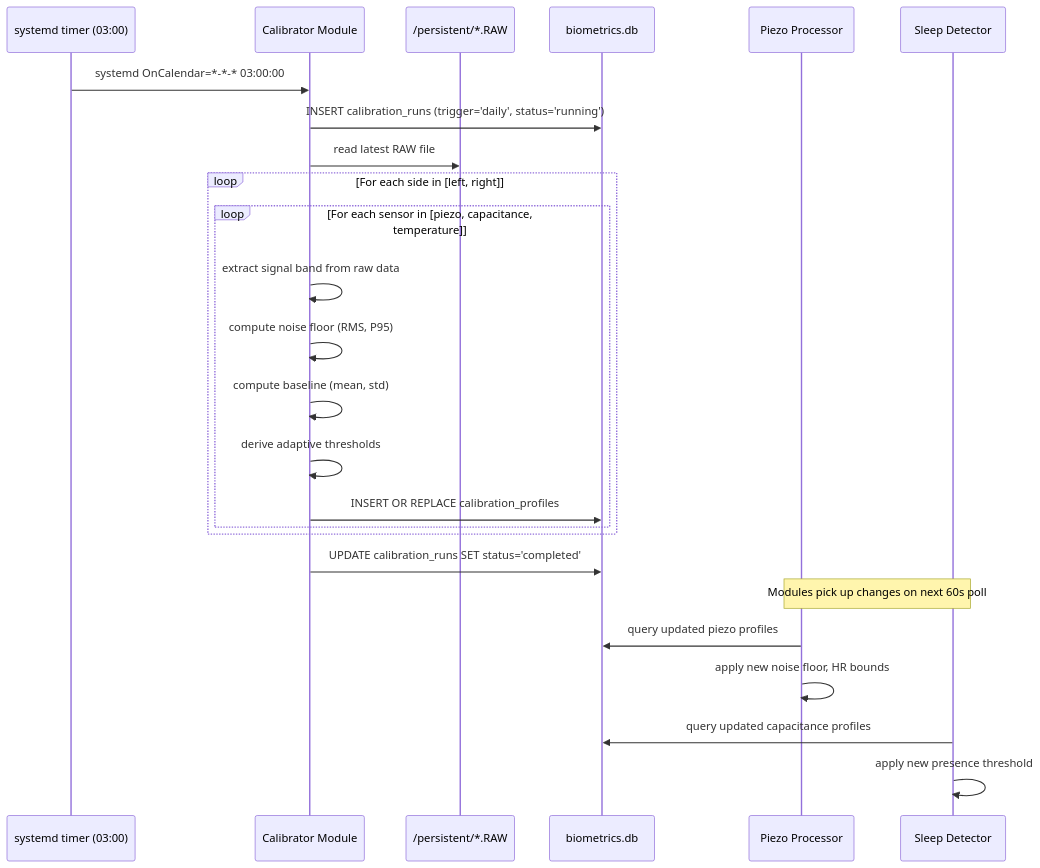
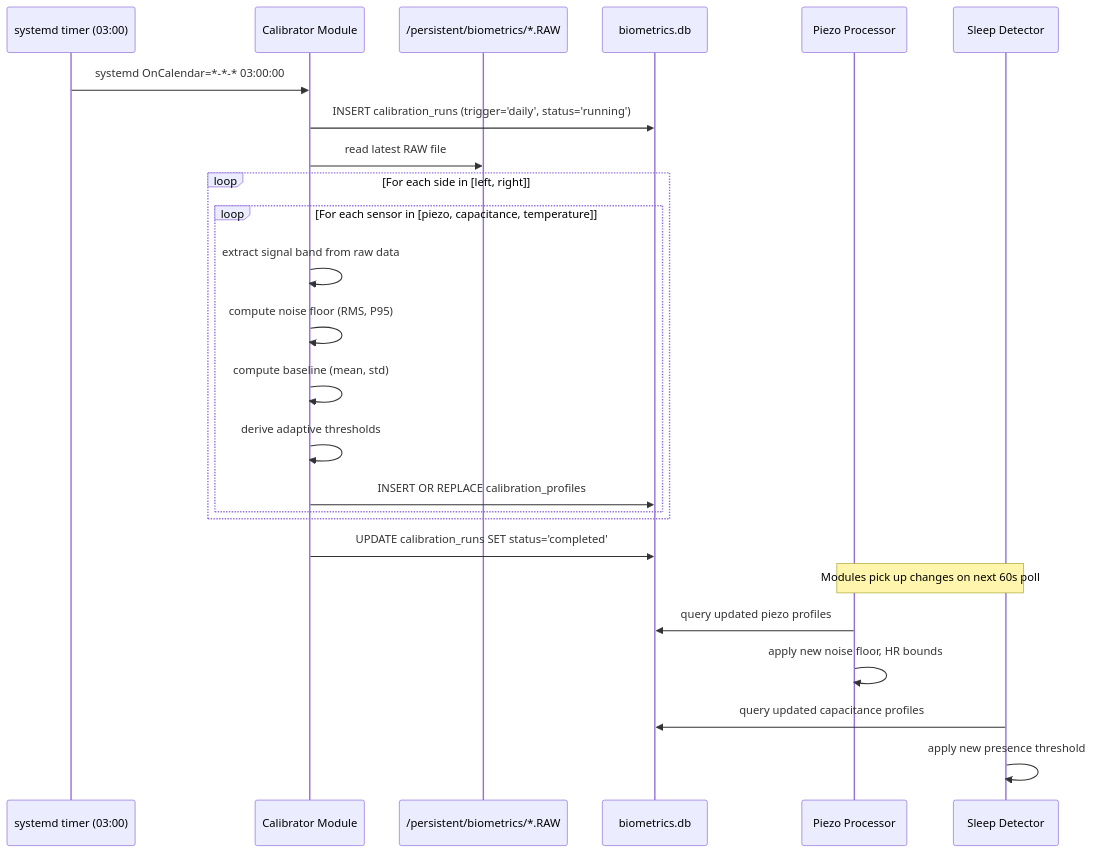
One commit to sleepypod/core changed the third of 3 diagrams in docs/hardware/calibration-architecture.md. Above: the diagram before and after it, drawn with Mermaid. The commit also changed other lines of this file and 3 other files, not shown here.

First line of the commit message:
docs: surface the biometrics tmpfs layer in architecture diagrams

````diff
--- a/docs/hardware/calibration-architecture.md
+++ b/docs/hardware/calibration-architecture.md
@@ -155,32 +155,32 @@
 ```mermaid
 sequenceDiagram
     participant Timer as systemd timer (03:00)
     participant Cal as Calibrator Module
-    participant FS as /persistent/*.RAW
+    participant FS as /persistent/biometrics/*.RAW
     participant DB as biometrics.db
     participant Piezo as Piezo Processor
     participant Sleep as Sleep Detector
 
     Timer->>Cal: systemd OnCalendar=*-*-* 03:00:00
     Cal->>DB: INSERT calibration_runs (trigger='daily', status='running')
     Cal->>FS: read latest RAW file
 
     loop For each side in [left, right]
         loop For each sensor in [piezo, capacitance, temperature]
             Cal->>Cal: extract signal band from raw data
             Cal->>Cal: compute noise floor (RMS, P95)
             Cal->>Cal: compute baseline (mean, std)
             Cal->>Cal: derive adaptive thresholds
             Cal->>DB: INSERT OR REPLACE calibration_profiles
         end
     end
 
     Cal->>DB: UPDATE calibration_runs SET status='completed'
 
     Note over Piezo,Sleep: Modules pick up changes on next 60s poll
 
     Piezo->>DB: query updated piezo profiles
     Piezo->>Piezo: apply new noise floor, HR bounds
     Sleep->>DB: query updated capacitance profiles
     Sleep->>Sleep: apply new presence threshold
 ```
````
